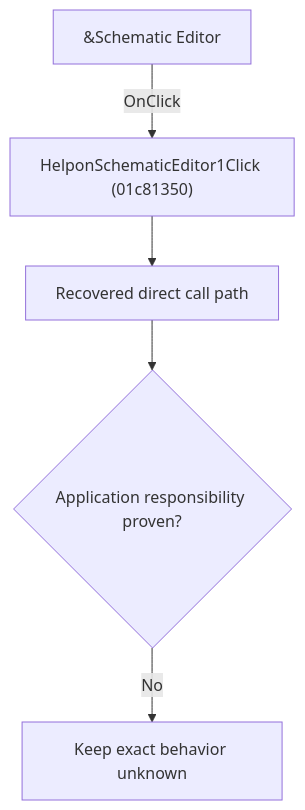
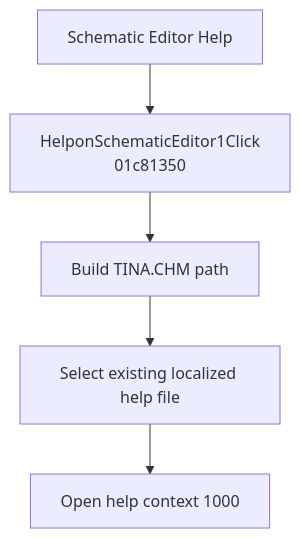
One commit to MovGP0/TIARA changed the diagram in docs/ui-controls/schematiceditor/helponschematiceditor1-dcca43c6c7.md. Above: the diagram before and after it, drawn with Mermaid. The commit also changed other lines of this file and 241 other files, not shown here.

````diff
--- a/docs/ui-controls/schematiceditor/helponschematiceditor1-dcca43c6c7.md
+++ b/docs/ui-controls/schematiceditor/helponschematiceditor1-dcca43c6c7.md
@@ -27,7 +27,7 @@
 ```mermaid
 flowchart TD
-    control["&Schematic Editor"] -->|"OnClick"| handler["HelponSchematicEditor1Click (01c81350)"]
-    handler --> recovered["Recovered direct call path"]
-    recovered --> gap{"Application responsibility proven?"}
-    gap -->|"No"| blocked["Keep exact behavior unknown"]
+    control["Schematic Editor Help"] --> handler["HelponSchematicEditor1Click<br/>01c81350"]
+    handler --> path["Build TINA.CHM path"]
+    path --> locale["Select existing localized help file"]
+    locale --> help["Open help context 1000"]
 ```
````
